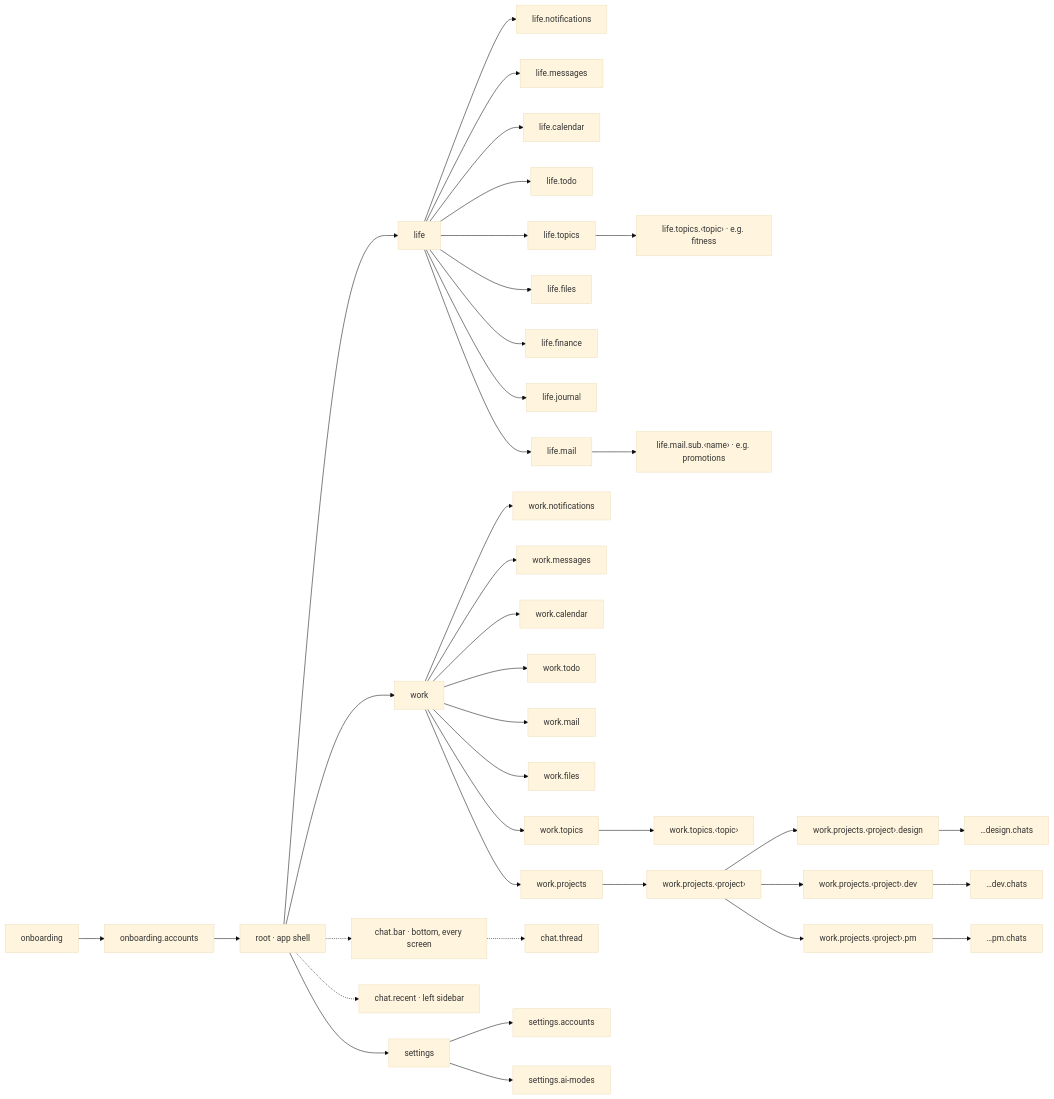
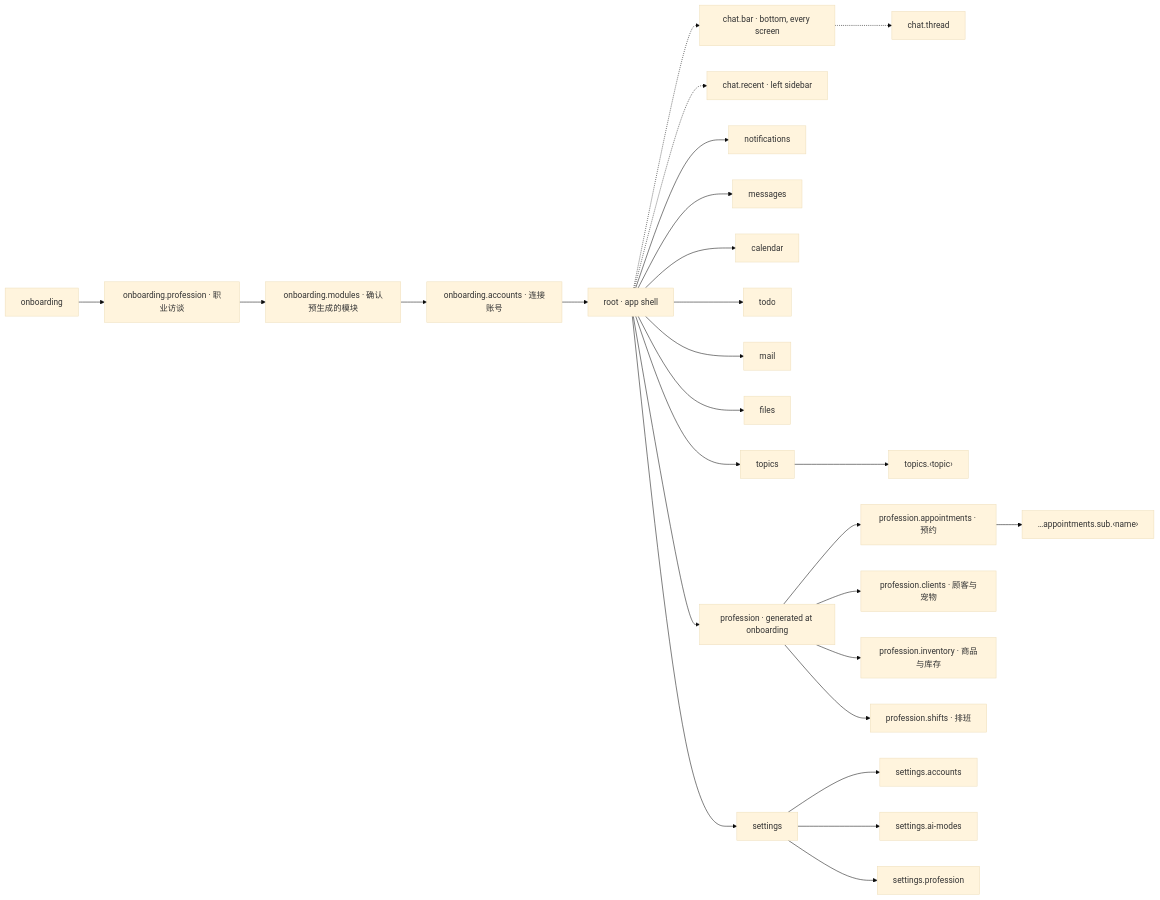
Before and after one commit to sherrrrryz/personal_agent: the diagram in docs/design/IA-MAP.md, drawn with Mermaid (base theme). The commit also changed other lines of this file and 2 other files, not shown here.

First line of the commit message:
docs(task-0): single workspace — remove the Life layer, profession modules replace projects, onboarding starts with a profession interview (D-28–D-30)

````diff
--- a/docs/design/IA-MAP.md
+++ b/docs/design/IA-MAP.md
@@ -23,43 +24,32 @@
 ```mermaid
 flowchart LR
-  onboarding["onboarding"] --> onboarding_accounts["onboarding.accounts"]
-  onboarding_accounts --> root["root · app shell"]
-  root --> life["life"]
-  root --> work["work"]
+  onboarding["onboarding"] --> ob_prof["onboarding.profession · 职业访谈"]
+  ob_prof --> ob_mod["onboarding.modules · 确认预生成的模块"]
+  ob_mod --> ob_acc["onboarding.accounts · 连接账号"]
+  ob_acc --> root["root · app shell"]
+
   root -.-> chat_bar["chat.bar · bottom, every screen"]
   root -.-> chat_recent["chat.recent · left sidebar"]
+  chat_bar -.-> chat_thread["chat.thread"]
+
+  root --> notifications["notifications"]
+  root --> messages["messages"]
+  root --> calendar["calendar"]
+  root --> todo["todo"]
+  root --> mail["mail"]
+  root --> files["files"]
+  root --> topics["topics"]
+  topics --> topic["topics.‹topic›"]
+
+  root --> profession["profession · generated at onboarding"]
+  profession --> appointments["profession.appointments · 预约"]
+  profession --> clients["profession.clients · 顾客与宠物"]
+  profession --> inventory["profession.inventory · 商品与库存"]
+  profession --> shifts["profession.shifts · 排班"]
+  appointments --> appt_sub["…appointments.sub.‹name›"]
+
   root --> settings["settings"]
-
-  life --> life_notifications["life.notifications"]
-  life --> life_messages["life.messages"]
-  life --> life_calendar["life.calendar"]
-  life --> life_todo["life.todo"]
-  life --> life_mail["life.mail"]
-  life --> life_files["life.files"]
-  life --> life_finance["life.finance"]
-  life --> life_journal["life.journal"]
-  life --> life_topics["life.topics"]
-  life_topics --> life_topic["life.topics.‹topic› · e.g. fitness"]
-  life_mail --> life_mail_sub["life.mail.sub.‹name› · e.g. promotions"]
-
-  work --> work_notifications["work.notifications"]
-  work --> work_messages["work.messages"]
-  work --> work_calendar["work.calendar"]
-  work --> work_todo["work.todo"]
-  work --> work_mail["work.mail"]
-  work --> work_files["work.files"]
-  work --> work_projects["work.projects"]
-  work --> work_topics["work.topics"]
-  work_topics --> work_topic["work.topics.‹topic›"]
-  work_projects --> project["work.projects.‹project›"]
-  project --> project_design["work.projects.‹project›.design"]
-  project --> project_dev["work.projects.‹project›.dev"]
-  project --> project_pm["work.projects.‹project›.pm"]
-  project_design --> project_design_chats["…design.chats"]
-  project_dev --> project_dev_chats["…dev.chats"]
-  project_pm --> project_pm_chats["…pm.chats"]
-
-  chat_bar -.-> chat_thread["chat.thread"]
-  settings --> settings_accounts["settings.accounts"]
-  settings --> settings_ai_modes["settings.ai-modes"]
+  settings --> s_acc["settings.accounts"]
+  settings --> s_modes["settings.ai-modes"]
+  settings --> s_prof["settings.profession"]
 ```
````
